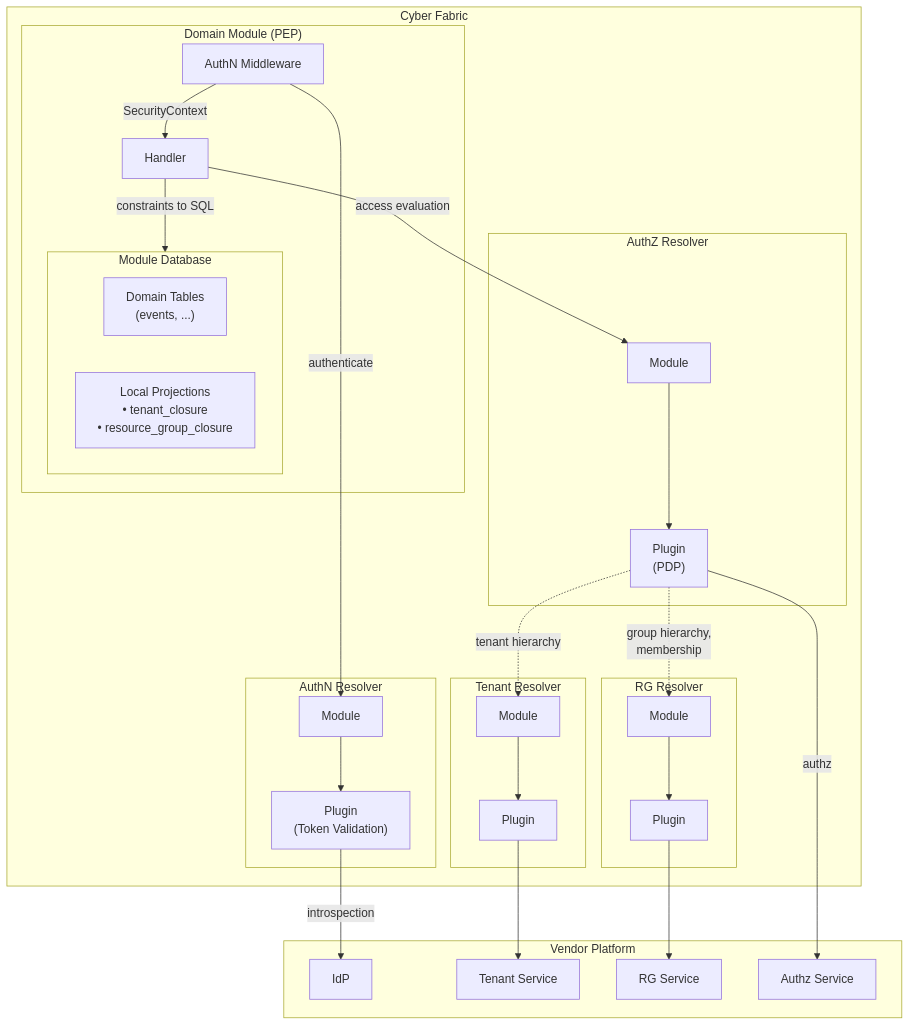
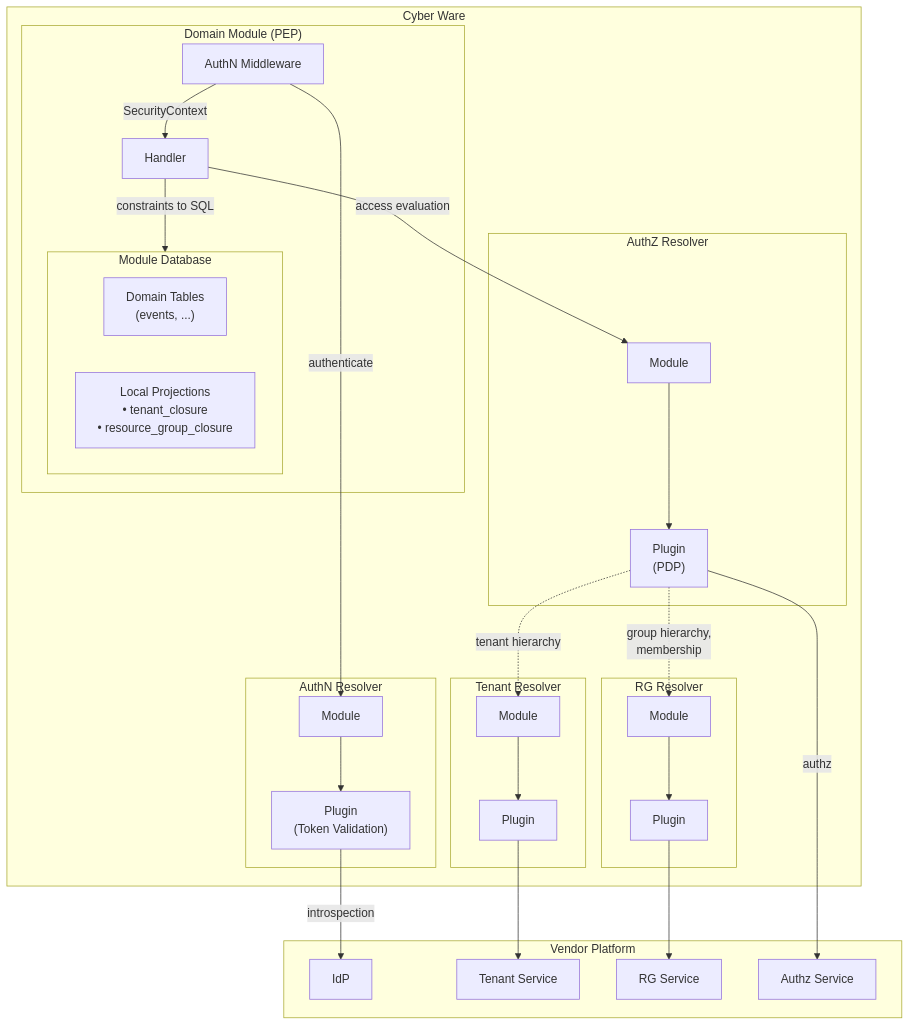
One commit to aviator5/hyperspot changed the second of 5 diagrams in docs/arch/authorization/DESIGN.md. Above: the diagram before and after it, drawn with Mermaid. The commit also changed other lines of this file and 140 other files, not shown here.

Commit message:
MAJOR: CyberFabric vs CyberWare split, part II

````diff
--- a/docs/arch/authorization/DESIGN.md
+++ b/docs/arch/authorization/DESIGN.md
@@ -173,64 +173,64 @@
 ```mermaid
 flowchart TB
     subgraph Vendor["Vendor Platform"]
         IdP["IdP"]
         TenantSvc["Tenant Service"]
         RGSvc["RG Service"]
         AuthzSvc["Authz Service"]
     end
 
-    subgraph Cyber Fabric
+    subgraph Cyber Ware
         subgraph TenantResolver["Tenant Resolver"]
             TenantGW["Module"]
             TenantPlugin["Plugin"]
         end
 
         subgraph RGResolver["RG Resolver"]
             RGGW["Module"]
             RGPlugin["Plugin"]
         end
 
         subgraph AuthNResolver["AuthN Resolver"]
             AuthNGW["Module"]
             AuthNPlugin["Plugin<br/>(Token Validation)"]
         end
 
         subgraph AuthZResolver["AuthZ Resolver"]
             AuthZGW["Module"]
             AuthZPlugin["Plugin<br/>(PDP)"]
         end
 
         subgraph PEP["Domain Module (PEP)"]
             AuthNMiddleware["AuthN Middleware"]
             Handler["Handler"]
             subgraph ModuleDB["Module Database"]
                 DomainTables["Domain Tables<br/>(events, ...)"]
                 LocalProj["Local Projections<br/>• tenant_closure<br/>• resource_group_closure"]
             end
         end
     end
 
     %% Tenant Resolver flow
     TenantGW --> TenantPlugin
     TenantPlugin --> TenantSvc
 
     %% RG Resolver flow
     RGGW --> RGPlugin
     RGPlugin --> RGSvc
 
     %% AuthN Resolver flow
     AuthNMiddleware -->|authenticate| AuthNGW
     AuthNGW --> AuthNPlugin
     AuthNPlugin -->|introspection| IdP
 
     %% AuthZ Resolver flow
     AuthZGW --> AuthZPlugin
     AuthZPlugin -->|authz| AuthzSvc
     AuthZPlugin -.->|tenant hierarchy| TenantGW
     AuthZPlugin -.->|group hierarchy,<br/>membership| RGGW
 
     %% PEP flow
     AuthNMiddleware -->|SecurityContext| Handler
     Handler -->|access evaluation| AuthZGW
     Handler -->|constraints to SQL| ModuleDB
 ```
````
